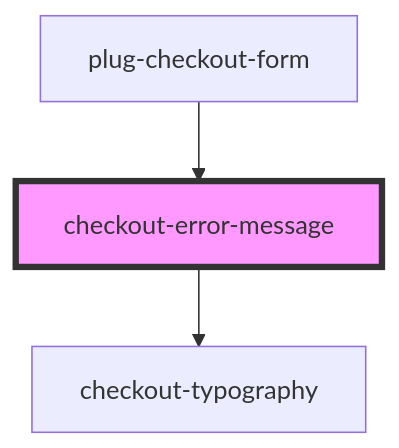
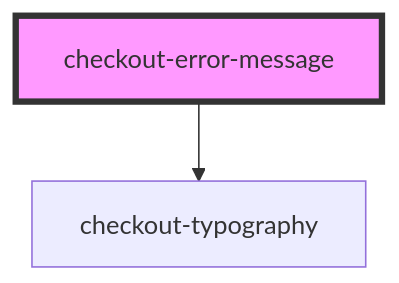
Before and after one commit to plughacker/malga-checkout: the diagram in packages/common/src/components/checkout-error-message/readme.md, drawn with Mermaid. The commit also changed other lines of this file and 7 other files, not shown here.

Commit message:
feat(plug-checkout): improve project architecture

````diff
--- a/packages/common/src/components/checkout-error-message/readme.md
+++ b/packages/common/src/components/checkout-error-message/readme.md
@@ -28,6 +24,5 @@
 ```mermaid
 graph TD;
   checkout-error-message --> checkout-typography
-  plug-checkout-form --> checkout-error-message
   style checkout-error-message fill:#f9f,stroke:#333,stroke-width:4px
 ```
````
